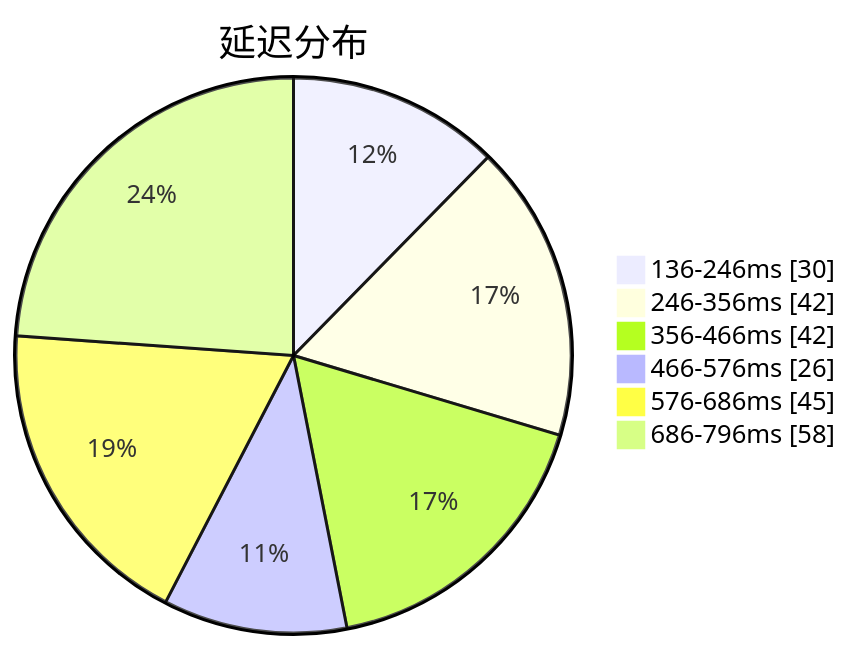
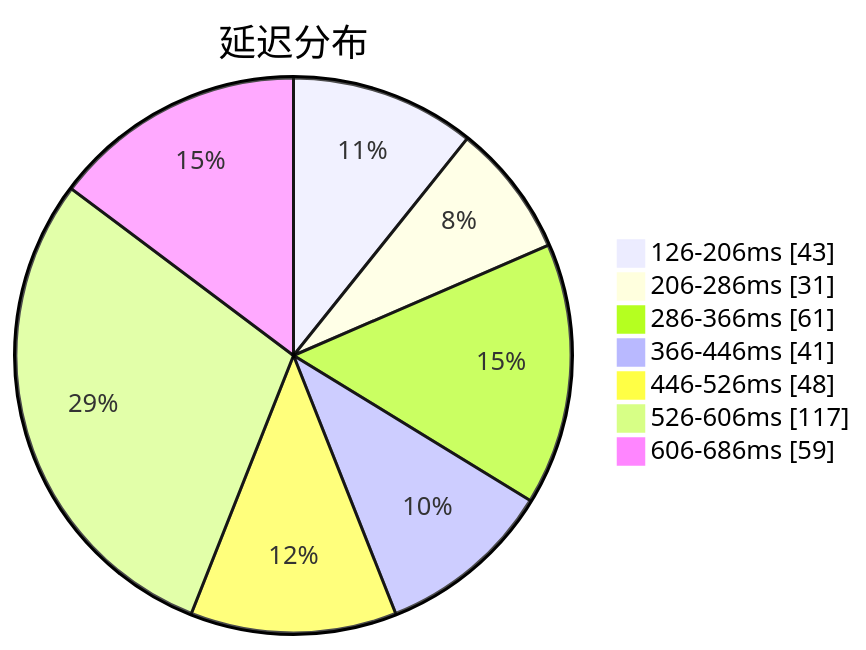
One commit to qjlxg/airport changed the first of 3 diagrams in subs/statistics/tested_within.md. Above: the diagram before and after it, drawn with Mermaid. The commit also changed other lines of this file and 2 other files, not shown here.

Commit message:
Tested by metaST

````diff
--- a/subs/statistics/tested_within.md
+++ b/subs/statistics/tested_within.md
@@ -2,10 +2,11 @@
 ```mermaid
 pie showData
 title 延迟分布
-"136-246ms" : 30
-"246-356ms" : 42
-"356-466ms" : 42
-"466-576ms" : 26
-"576-686ms" : 45
-"686-796ms" : 58
+"126-206ms" : 43
+"206-286ms" : 31
+"286-366ms" : 61
+"366-446ms" : 41
+"446-526ms" : 48
+"526-606ms" : 117
+"606-686ms" : 59
 ```
````
